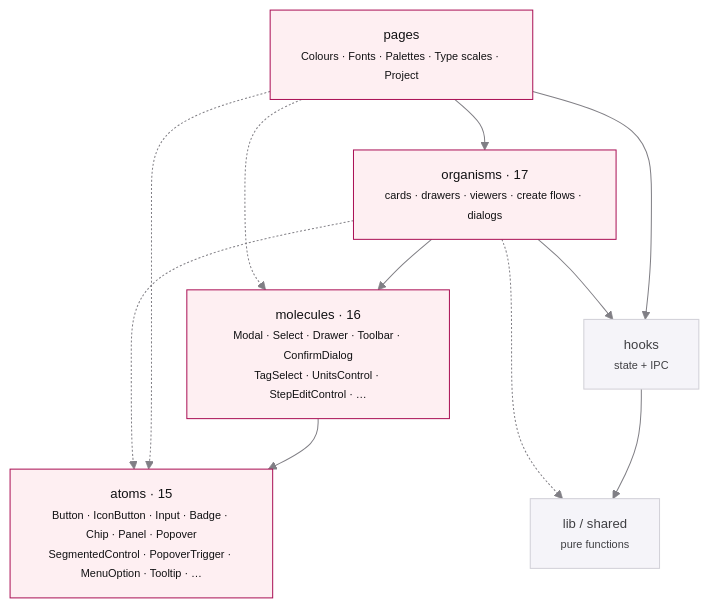
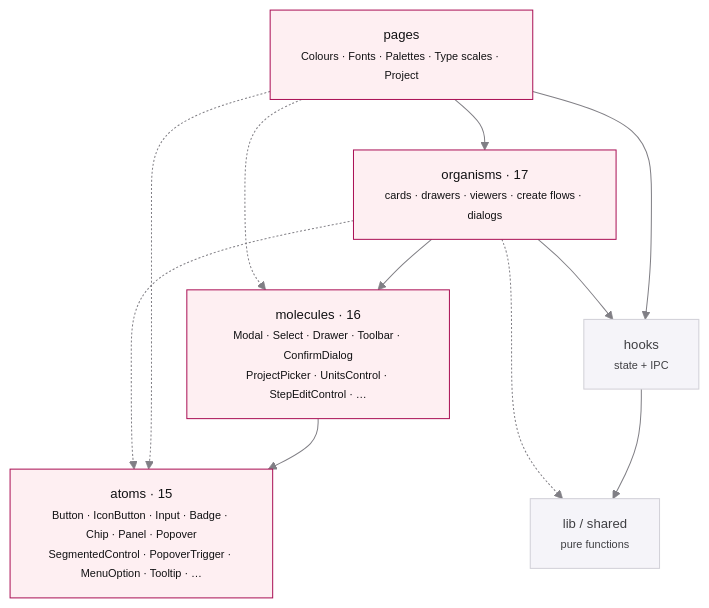
The third of 3 diagrams in DESIGN.md (hipuku/vault), drawn with Mermaid before and after one commit. The commit also changed other lines of this file and 8 other files, not shown here.

First line of the commit message:
Rename TagSelect to ProjectPicker

````diff
--- a/DESIGN.md
+++ b/DESIGN.md
@@ -219,24 +219,24 @@
 ```mermaid
 %%{init: {'theme':'base','themeVariables':{'primaryColor':'#feeff2','primaryBorderColor':'#aa1055','primaryTextColor':'#111113','lineColor':'#807f85','secondaryColor':'#f5f4f9','tertiaryColor':'#ffffff','fontFamily':'Manrope, ui-sans-serif, system-ui','fontSize':'13px','mainBkg':'#feeff2','nodeBorder':'#aa1055','clusterBkg':'#fcfbfe','clusterBorder':'#e7e7ed','titleColor':'#880044'}}}%%
 flowchart TD
     P["pages<br/><small>Colours · Fonts · Palettes · Type scales · Project</small>"]
     D["organisms · 17<br/><small>cards · drawers · viewers · create flows · dialogs</small>"]
-    R["molecules · 16<br/><small>Modal · Select · Drawer · Toolbar · ConfirmDialog<br/>TagSelect · UnitsControl · StepEditControl · …</small>"]
+    R["molecules · 16<br/><small>Modal · Select · Drawer · Toolbar · ConfirmDialog<br/>ProjectPicker · UnitsControl · StepEditControl · …</small>"]
     A["atoms · 15<br/><small>Button · IconButton · Input · Badge · Chip · Panel · Popover<br/>SegmentedControl · PopoverTrigger · MenuOption · Tooltip · …</small>"]
     H["hooks<br/><small>state + IPC</small>"]
     L["lib / shared<br/><small>pure functions</small>"]
 
     P --> D --> R --> A
     P -.-> R
     P -.-> A
     D -.-> A
     P --> H
     D --> H
     H --> L
     D -.-> L
 
     classDef lvl fill:#feeff2,stroke:#aa1055,color:#111113
     classDef side fill:#f5f4f9,stroke:#d1d0d7,color:#3f3f43
     class P,D,R,A lvl
     class H,L side
 ```
````
